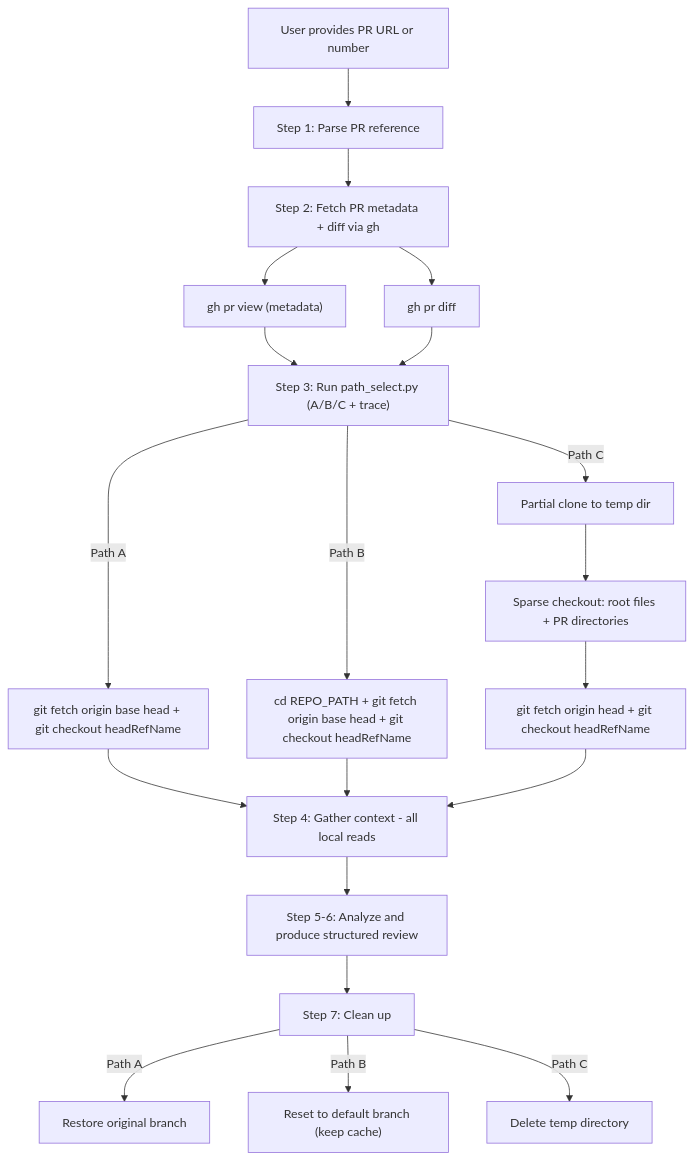
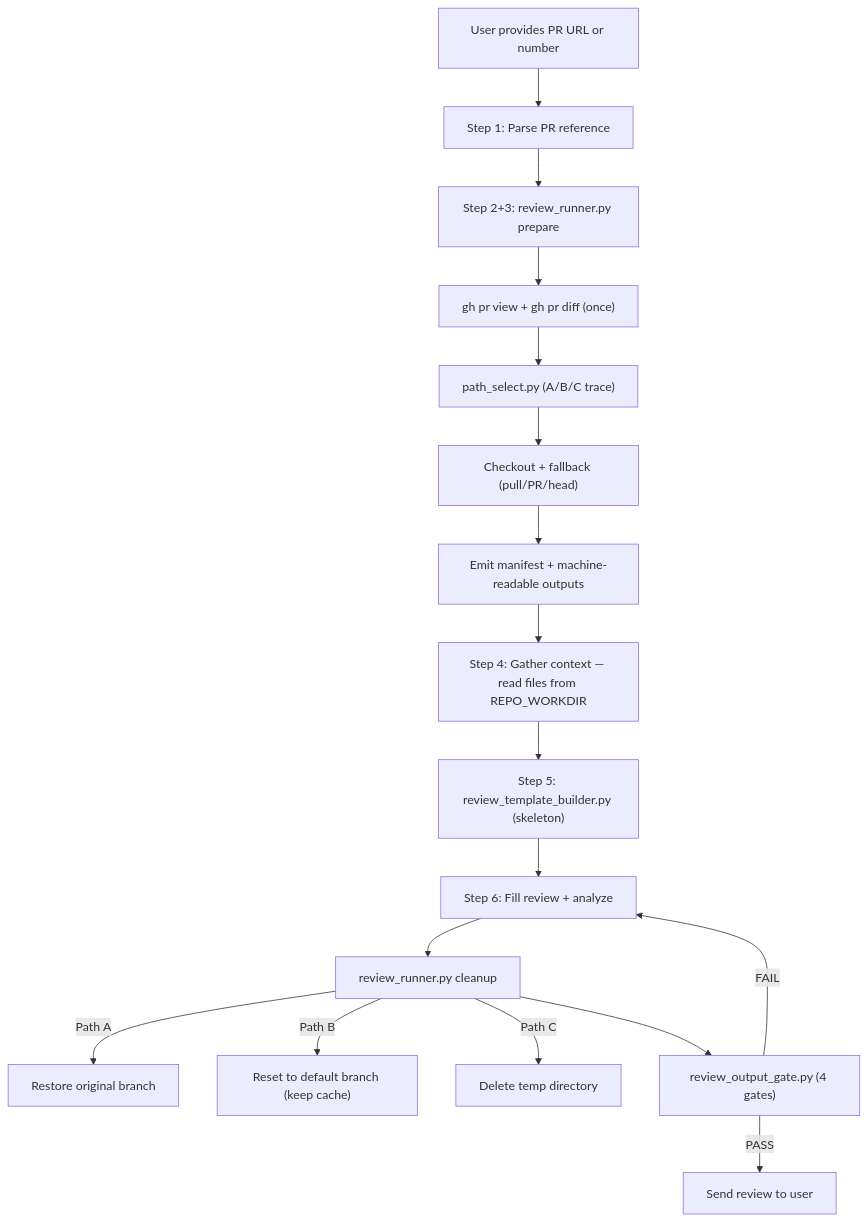
Before and after one commit to jie-meng/ai-skills: the first of 3 diagrams in mythril_agent_skills/skills/github-code-review-pr/README.md, drawn with Mermaid. The commit also changed other lines of this file and 4 other files, not shown here.

First line of the commit message:
[github-code-review-pr] add bundled runner scripts with quality gates for deterministic PR reviews

````diff
--- a/mythril_agent_skills/skills/github-code-review-pr/README.md
+++ b/mythril_agent_skills/skills/github-code-review-pr/README.md
@@ -23,27 +68,23 @@
 ```mermaid
 flowchart TD
     A["User provides PR URL or number"] --> B["Step 1: Parse PR reference"]
-    B --> C["Step 2: Fetch PR metadata + diff via gh"]
-    C --> C1["gh pr view (metadata)"]
-    C --> C2["gh pr diff"]
-    C1 --> D["Step 3: Run path_select.py (A/B/C + trace)"]
-    C2 --> D
+    B --> C["Step 2+3: review_runner.py prepare"]
+    C --> C1["gh pr view + gh pr diff (once)"]
+    C1 --> C2["path_select.py (A/B/C trace)"]
+    C2 --> C3["Checkout + fallback (pull/PR/head)"]
+    C3 --> C4["Emit manifest + machine-readable outputs"]
 
-    D -->|"Path A"| E1["git fetch origin base head + git checkout headRefName"]
-    D -->|"Path B"| F1["cd REPO_PATH + git fetch origin base head + git checkout headRefName"]
+    C4 --> H["Step 4: Gather context — read files from REPO_WORKDIR"]
 
-    D -->|"Path C"| G1["Partial clone to temp dir"]
-    G1 --> G2["Sparse checkout: root files + PR directories"]
-    G2 --> G3["git fetch origin head + git checkout headRefName"]
+    H --> T["Step 5: review_template_builder.py (skeleton)"]
+    T --> I["Step 6: Fill review + analyze"]
 
-    E1 --> H["Step 4: Gather context - all local reads"]
-    F1 --> H
-    G3 --> H
-
-    H --> I["Step 5-6: Analyze and produce structured review"]
-
-    I --> J["Step 7: Clean up"]
+    I --> J["review_runner.py cleanup"]
     J -->|"Path A"| J1["Restore original branch"]
     J -->|"Path B"| J2["Reset to default branch (keep cache)"]
     J -->|"Path C"| J3["Delete temp directory"]
+
+    J --> G["review_output_gate.py (4 gates)"]
+    G -->|"PASS"| K["Send review to user"]
+    G -->|"FAIL"| I
 ```
````
